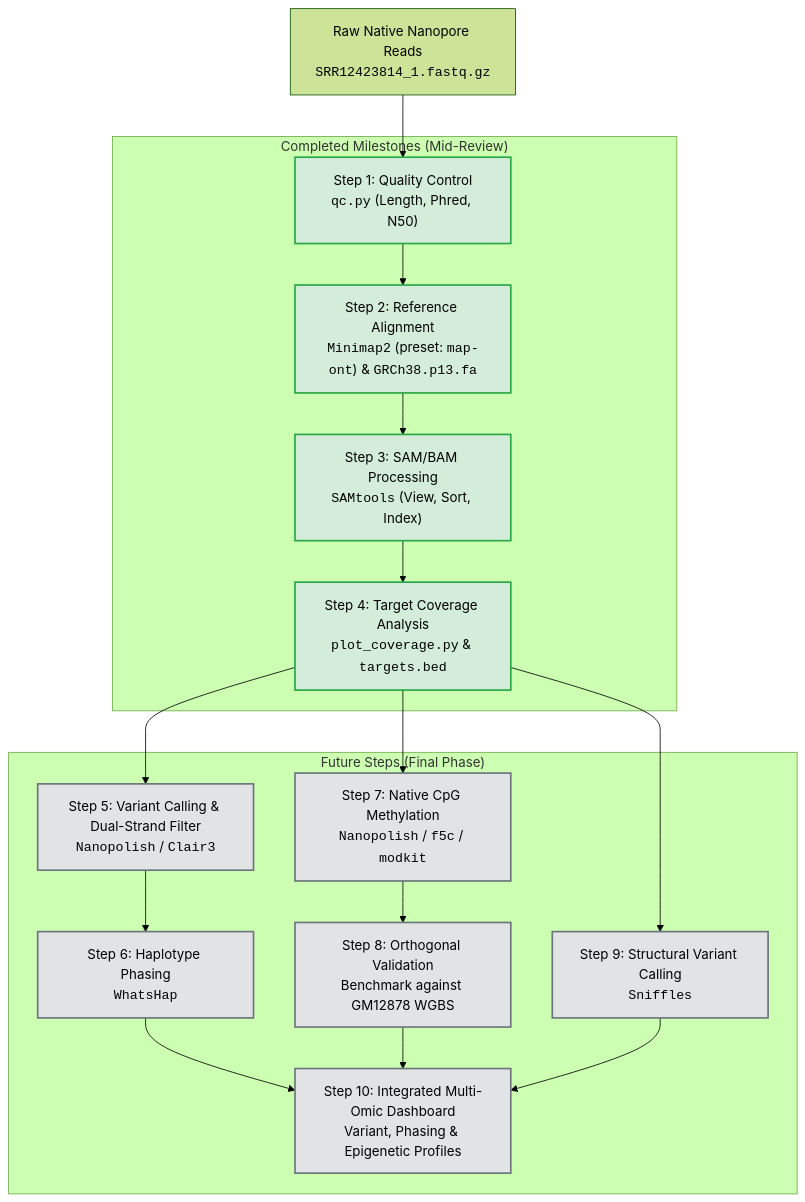
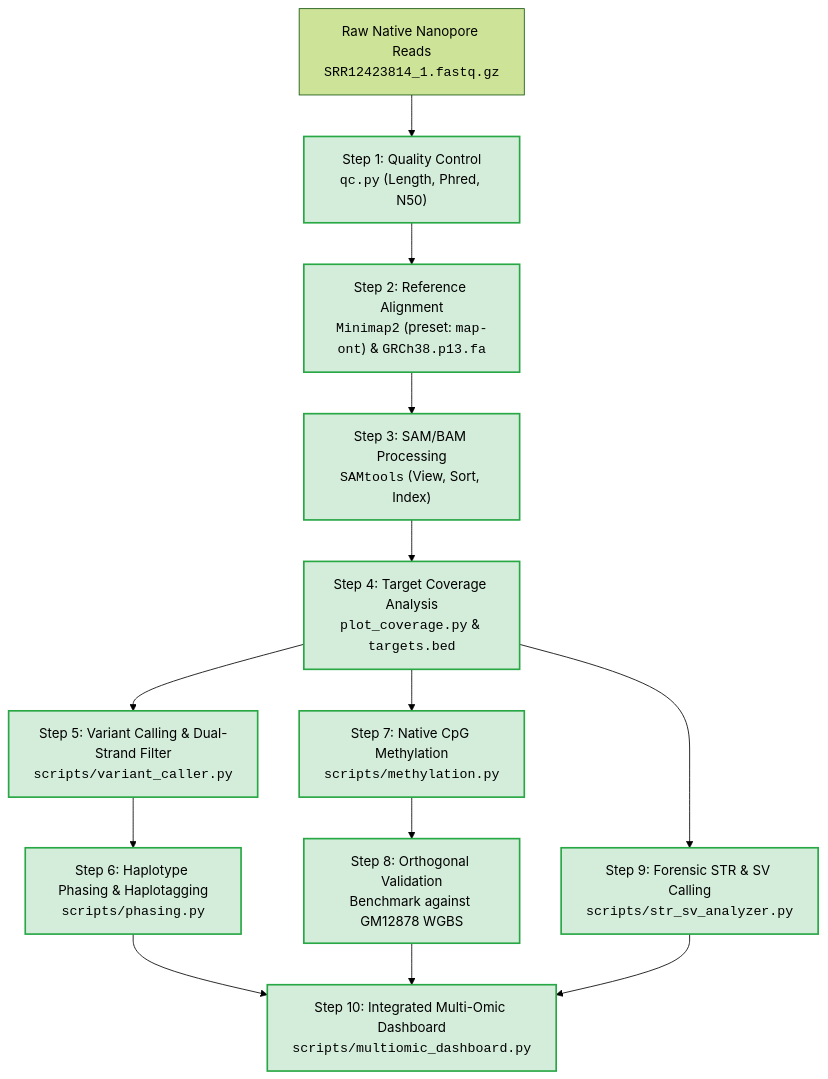
One commit to RishiRaajhaA/targeted-genomic-epigenetic-analysis-ont changed the diagram in README.md. Above: the diagram before and after it, drawn with Mermaid (forest theme). The commit also changed other lines of this file and 41 other files, not shown here.

Commit message:
Update repository: clean old files, add complete nCATS multi-omic pipeline scripts, results, and comprehensive README

````diff
--- a/README.md
+++ b/README.md
@@ -62,44 +72,28 @@
 ```mermaid
 graph TD
     A["Raw Native Nanopore Reads<br/><code>SRR12423814_1.fastq.gz</code>"] --> B["Step 1: Quality Control<br/><code>qc.py</code> (Length, Phred, N50)"]
     B --> C["Step 2: Reference Alignment<br/><code>Minimap2</code> (preset: <code>map-ont</code>) & <code>GRCh38.p13.fa</code>"]
     C --> D["Step 3: SAM/BAM Processing<br/><code>SAMtools</code> (View, Sort, Index)"]
     D --> E["Step 4: Target Coverage Analysis<br/><code>plot_coverage.py</code> & <code>targets.bed</code>"]
     
-    subgraph "Completed Milestones (Mid-Review)"
-        B
-        C
-        D
-        E
-    end
+    E --> F["Step 5: Variant Calling & Dual-Strand Filter<br/><code>scripts/variant_caller.py</code>"]
+    F --> G["Step 6: Haplotype Phasing & Haplotagging<br/><code>scripts/phasing.py</code>"]
+    E --> H["Step 7: Native CpG Methylation<br/><code>scripts/methylation.py</code>"]
+    H --> I["Step 8: Orthogonal Validation<br/>Benchmark against GM12878 WGBS"]
+    E --> J["Step 9: Forensic STR & SV Calling<br/><code>scripts/str_sv_analyzer.py</code>"]
     
-    E --> F["Step 5: Variant Calling & Dual-Strand Filter<br/><code>Nanopolish</code> / <code>Clair3</code>"]
-    F --> G["Step 6: Haplotype Phasing<br/><code>WhatsHap</code>"]
-    E --> H["Step 7: Native CpG Methylation<br/><code>Nanopolish</code> / <code>f5c</code> / <code>modkit</code>"]
-    H --> I["Step 8: Orthogonal Validation<br/>Benchmark against GM12878 WGBS"]
-    E --> J["Step 9: Structural Variant Calling<br/><code>Sniffles</code>"]
-    
-    G --> K["Step 10: Integrated Multi-Omic Dashboard<br/>Variant, Phasing & Epigenetic Profiles"]
+    G --> K["Step 10: Integrated Multi-Omic Dashboard<br/><code>scripts/multiomic_dashboard.py</code>"]
     I --> K
     J --> K
-
-    subgraph "Future Steps (Final Phase)"
-        F
-        G
-        H
-        I
-        J
-        K
-    end
 
     style B fill:#d4edda,stroke:#28a745,stroke-width:2px;
     style C fill:#d4edda,stroke:#28a745,stroke-width:2px;
     style D fill:#d4edda,stroke:#28a745,stroke-width:2px;
     style E fill:#d4edda,stroke:#28a745,stroke-width:2px;
-    style F fill:#e2e3e5,stroke:#6c757d,stroke-width:2px;
-    style G fill:#e2e3e5,stroke:#6c757d,stroke-width:2px;
-    style H fill:#e2e3e5,stroke:#6c757d,stroke-width:2px;
-    style I fill:#e2e3e5,stroke:#6c757d,stroke-width:2px;
-    style J fill:#e2e3e5,stroke:#6c757d,stroke-width:2px;
-    style K fill:#e2e3e5,stroke:#6c757d,stroke-width:2px;
+    style F fill:#d4edda,stroke:#28a745,stroke-width:2px;
+    style G fill:#d4edda,stroke:#28a745,stroke-width:2px;
+    style H fill:#d4edda,stroke:#28a745,stroke-width:2px;
+    style I fill:#d4edda,stroke:#28a745,stroke-width:2px;
+    style J fill:#d4edda,stroke:#28a745,stroke-width:2px;
+    style K fill:#d4edda,stroke:#28a745,stroke-width:2px;
 ```
````
